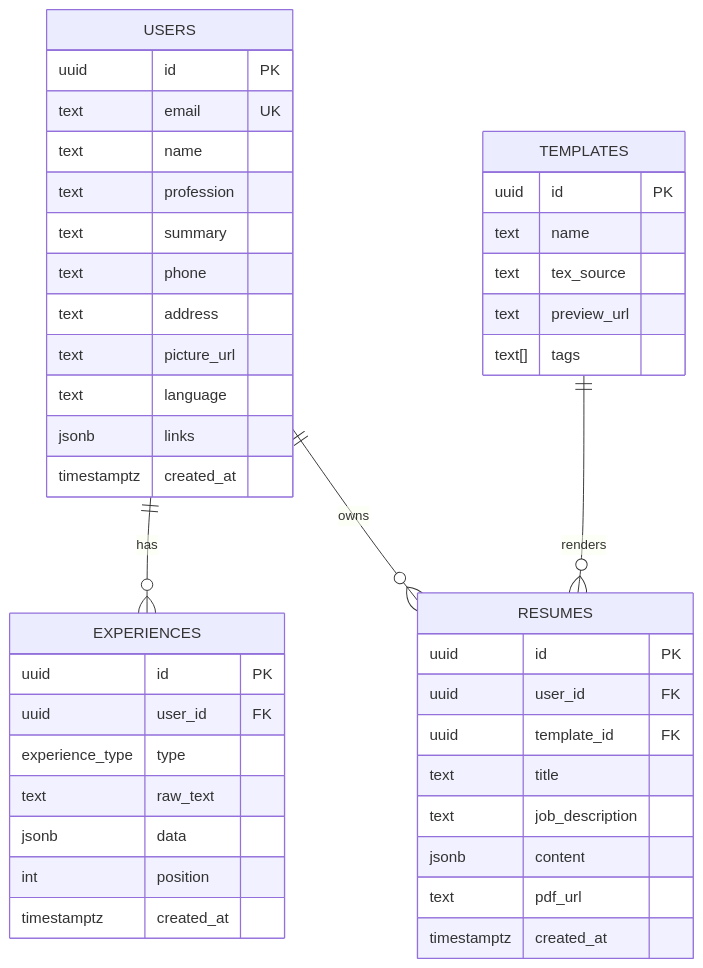
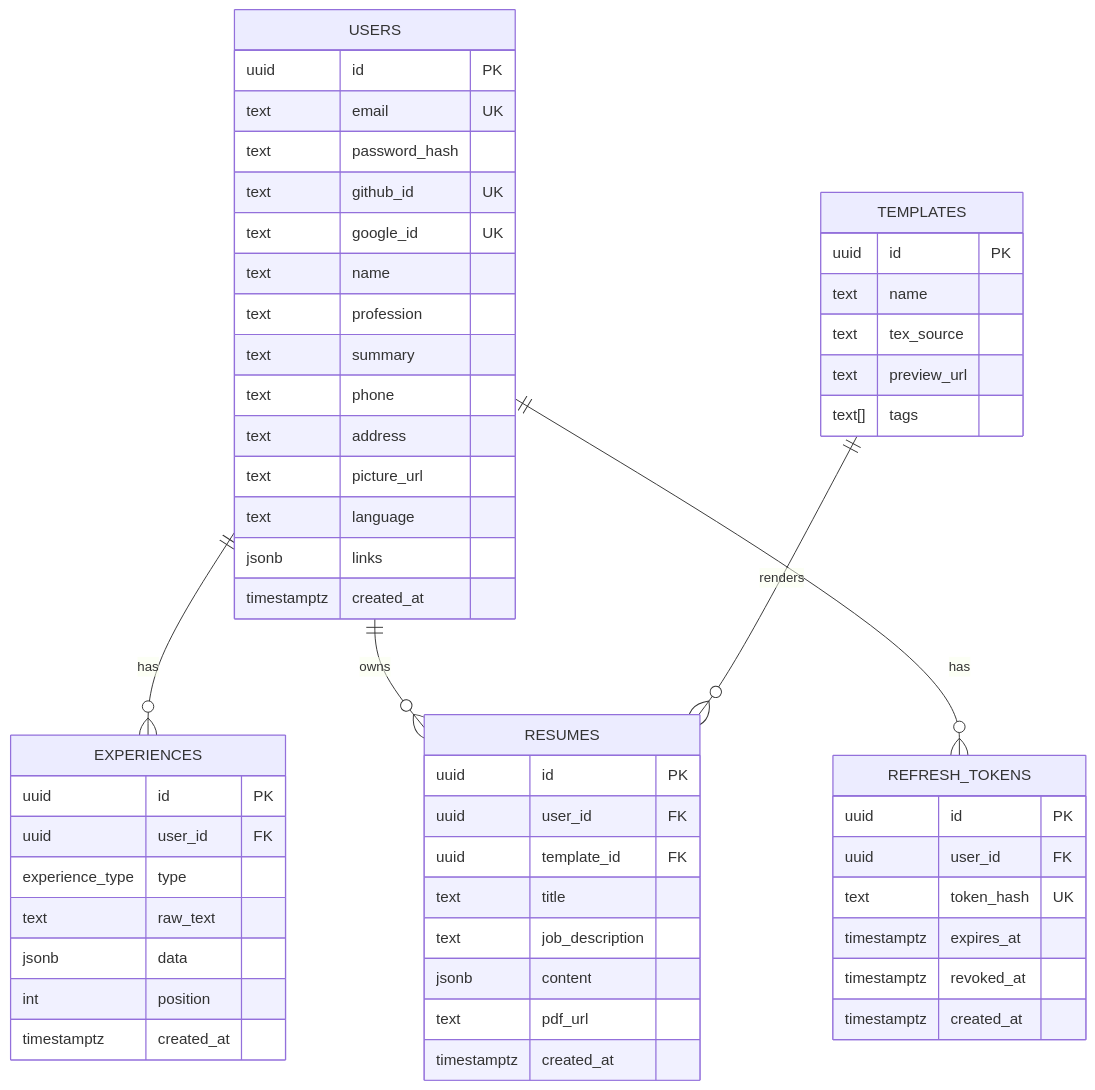
The diagram in docs/db/raul-schema.md (PUCTech/rayume), drawn with Mermaid before and after one commit. The commit also changed other lines of this file and 2 other files, not shown here.

Commit message:
docs: support in-house JWT auth in schema proposal

````diff
--- a/docs/db/raul-schema.md
+++ b/docs/db/raul-schema.md
@@ -8,49 +8,62 @@
 ```mermaid
 erDiagram
   USERS ||--o{ EXPERIENCES : has
   USERS ||--o{ RESUMES : owns
+  USERS ||--o{ REFRESH_TOKENS : has
   TEMPLATES ||--o{ RESUMES : renders
 
   USERS {
     uuid id PK
     text email UK
+    text password_hash
+    text github_id UK
+    text google_id UK
     text name
     text profession
     text summary
     text phone
     text address
     text picture_url
     text language
     jsonb links
     timestamptz created_at
   }
 
   EXPERIENCES {
     uuid id PK
     uuid user_id FK
     experience_type type
     text raw_text
     jsonb data
     int position
     timestamptz created_at
   }
 
   RESUMES {
     uuid id PK
     uuid user_id FK
     uuid template_id FK
     text title
     text job_description
     jsonb content
     text pdf_url
     timestamptz created_at
   }
 
   TEMPLATES {
     uuid id PK
     text name
     text tex_source
     text preview_url
     text[] tags
   }
+
+  REFRESH_TOKENS {
+    uuid id PK
+    uuid user_id FK
+    text token_hash UK
+    timestamptz expires_at
+    timestamptz revoked_at
+    timestamptz created_at
+  }
 ```
````
